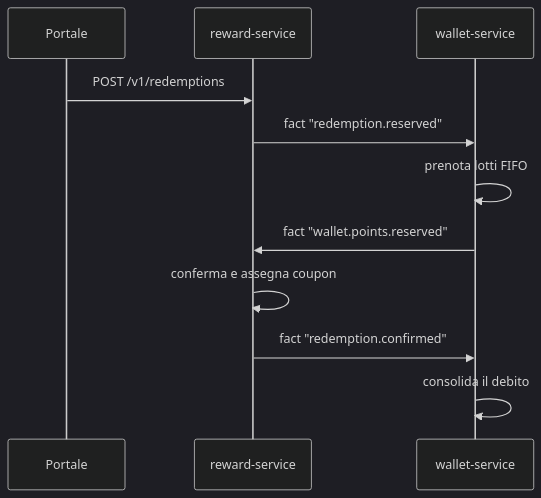
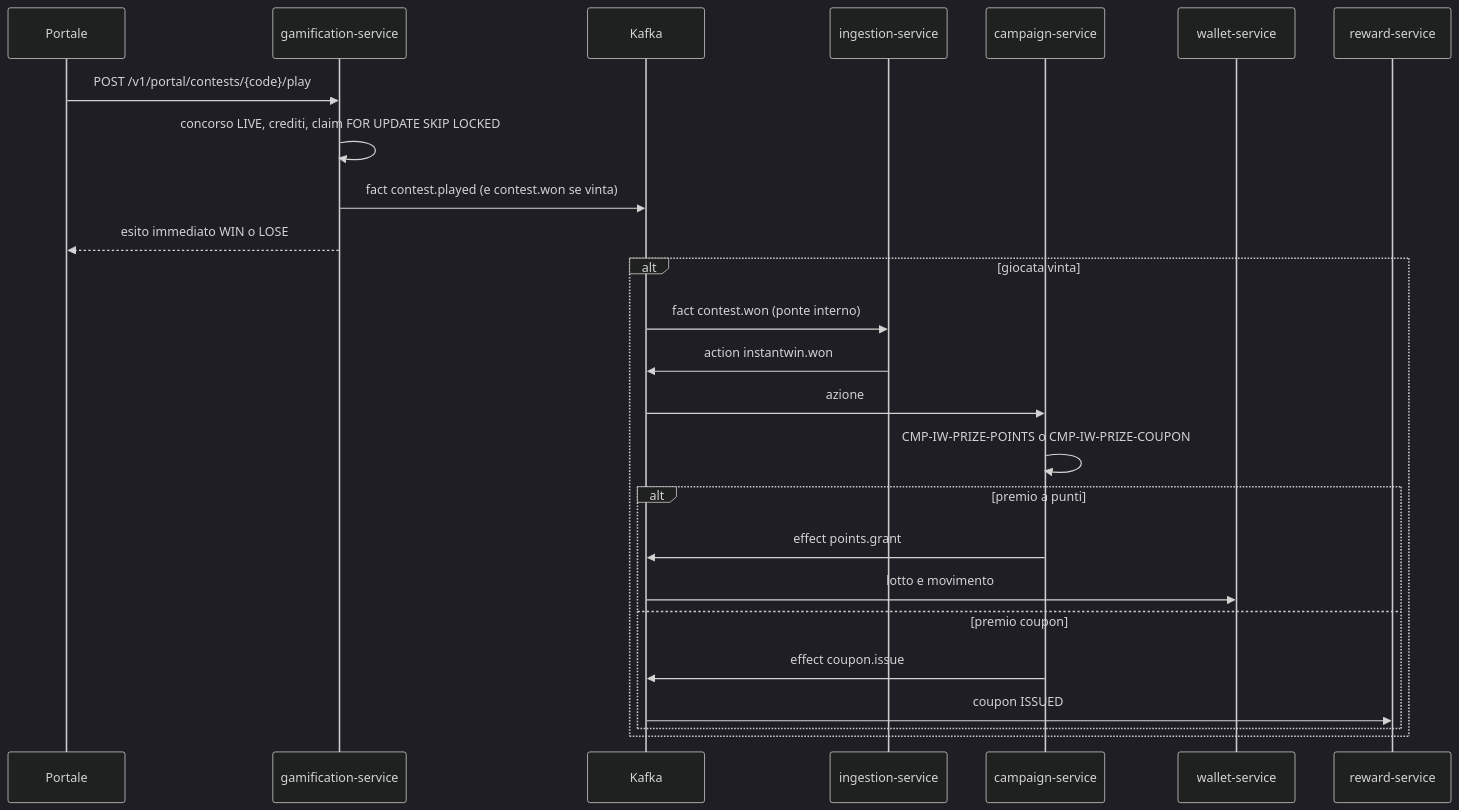
One commit to peppe-ruv/Loyalty_Sys changed the third of 4 diagrams in concetti/premi-e-gioco.mdx. Above: the diagram before and after it, drawn with Mermaid (dark theme). The commit also changed other lines of this file and 20 other files, not shown here.

````diff
--- a/concetti/premi-e-gioco.mdx
+++ b/concetti/premi-e-gioco.mdx
@@ -121,15 +126,29 @@
 ```mermaid
 sequenceDiagram
-  accTitle: Saga richieste premio
-  accDescr: Stati e servizi per un premio
-  participant Portale
+  accTitle: Giocata instant win
+  accDescr: Il portale chiede una giocata a gamification, che in una transazione verifica concorso e crediti e tenta il claim del primo istante aperto già passato; risponde subito con l'esito; se vinta, il fatto contest.won passa dal ponte di ingestion e diventa un'azione che le campagne di sistema trasformano in punti o coupon.
+  participant P as Portale
+  participant GAM as gamification-service
+  participant K as Kafka
+  participant ING as ingestion-service
+  participant CMP as campaign-service
+  participant WAL as wallet-service
   participant RWD as reward-service
-  participant WAL as wallet-service
-  Portale->>RWD: POST /v1/redemptions
-  RWD->>WAL: fact "redemption.reserved"
-  WAL->>WAL: prenota lotti FIFO
-  WAL->>RWD: fact "wallet.points.reserved"
-  RWD->>RWD: conferma e assegna coupon
-  RWD->>WAL: fact "redemption.confirmed"
-  WAL->>WAL: consolida il debito
+  P->>GAM: POST /v1/portal/contests/{code}/play
+  GAM->>GAM: concorso LIVE, crediti, claim FOR UPDATE SKIP LOCKED
+  GAM->>K: fact contest.played (e contest.won se vinta)
+  GAM-->>P: esito immediato WIN o LOSE
+  alt giocata vinta
+    K->>ING: fact contest.won (ponte interno)
+    ING->>K: action instantwin.won
+    K->>CMP: azione
+    CMP->>CMP: CMP-IW-PRIZE-POINTS o CMP-IW-PRIZE-COUPON
+    alt premio a punti
+      CMP->>K: effect points.grant
+      K->>WAL: lotto e movimento
+    else premio coupon
+      CMP->>K: effect coupon.issue
+      K->>RWD: coupon ISSUED
+    end
+  end
 ```
````
